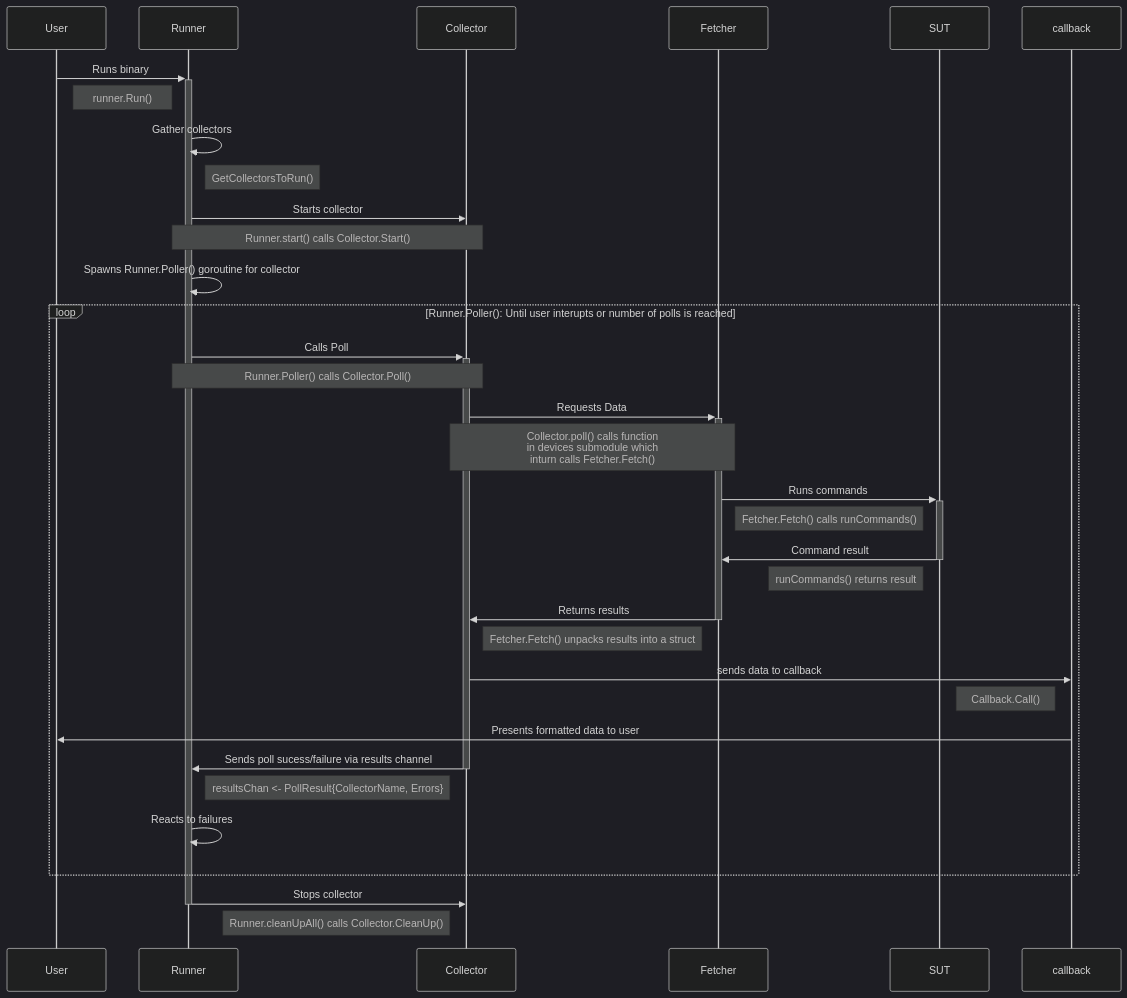
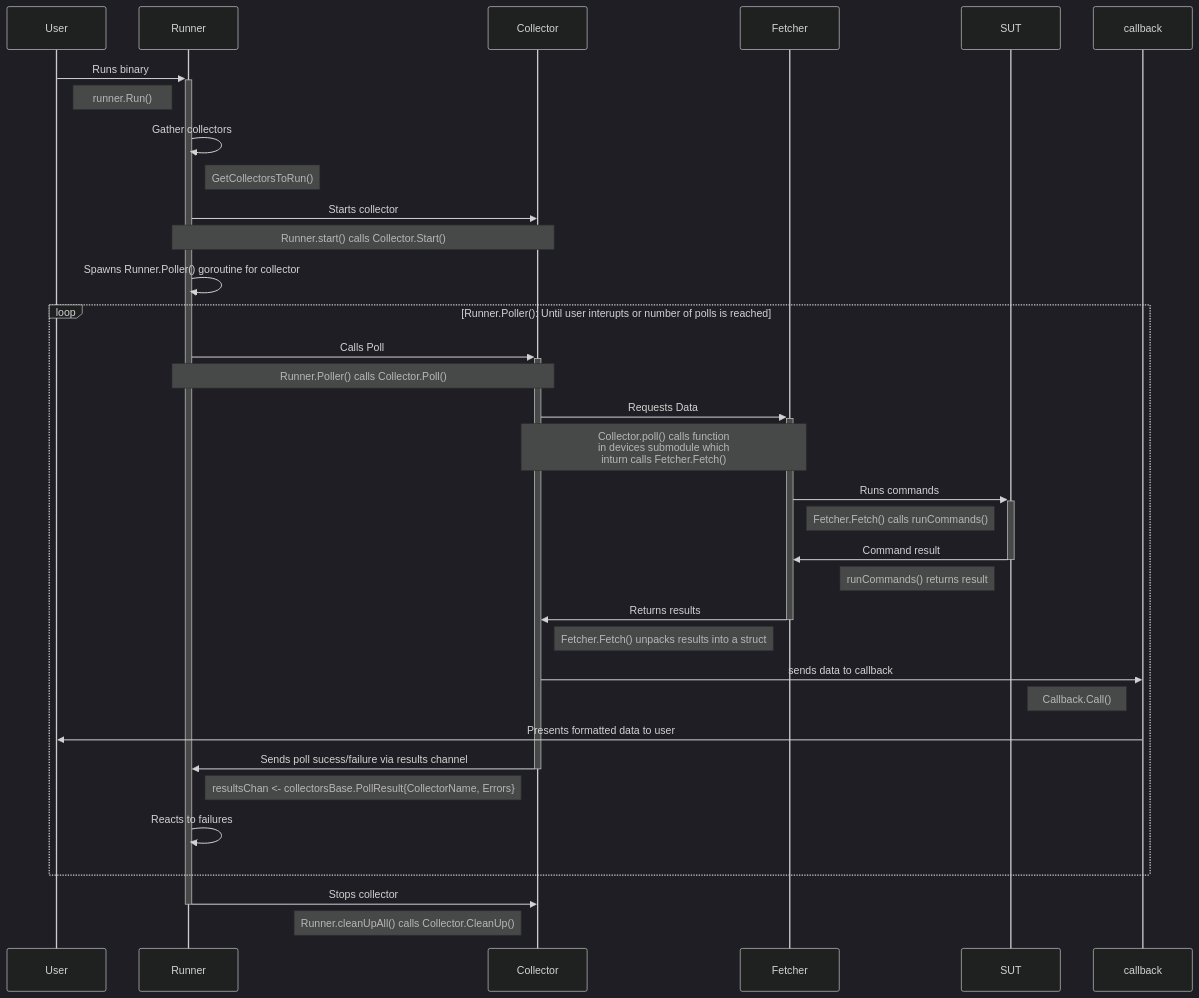
The diagram in tgm-collector/doc/implementing_a_collector.md (redhat-partner-solutions/vse-sync-collection-tools), drawn with Mermaid (dark theme) before and after one commit. The commit also changed other lines of this file and 66 other files, not shown here.

````diff
--- a/tgm-collector/doc/implementing_a_collector.md
+++ b/tgm-collector/doc/implementing_a_collector.md
@@ -5,45 +5,45 @@
 ```mermaid
 sequenceDiagram
 	participant User
 	participant Runner
 	participant Collector
 	participant Fetcher
 	participant SUT
 	participant callback
 
 	User ->>+ Runner: Runs binary
 	note left of Runner: runner.Run()
 
 	Runner ->> Runner: Gather collectors
 	note right of Runner: GetCollectorsToRun()
 
 	Runner ->> Collector: Starts collector
 	  note over Runner,Collector: Runner.start() calls Collector.Start()
 
 	Runner ->> Runner: Spawns Runner.Poller() goroutine for collector
 	loop Runner.Poller(): Until user interupts or number of polls is reached
 		Runner ->>+ Collector: Calls Poll
 		note over Runner,Collector: Runner.Poller() calls Collector.Poll()
 
 		Collector ->>+ Fetcher: Requests Data
 		note over Collector,Fetcher: Collector.poll() calls function <br> in devices submodule which <br> inturn calls Fetcher.Fetch()
 		Fetcher ->>+ SUT: Runs commands
 		note left of SUT: Fetcher.Fetch() calls runCommands()
 
 		SUT ->>- Fetcher: Command result
 		note left of SUT: runCommands() returns result
 		Fetcher ->>- Collector: Returns results
 		note left of Fetcher: Fetcher.Fetch() unpacks results into a struct
 
 
 		Collector ->> callback: sends data to callback
 		note left of callback: Callback.Call()
 		callback ->> User: Presents formatted data to user
 		Collector ->>- Runner: Sends poll sucess/failure via results channel
-		note left of Collector: resultsChan <- PollResult{CollectorName, Errors}
+		note left of Collector: resultsChan <- collectorsBase.PollResult{CollectorName, Errors}
 
 		Runner ->> Runner: Reacts to failures
 	end
 	Runner ->>- Collector: Stops collector
 	note left of Collector: Runner.cleanUpAll() calls Collector.CleanUp()
 ```
````
